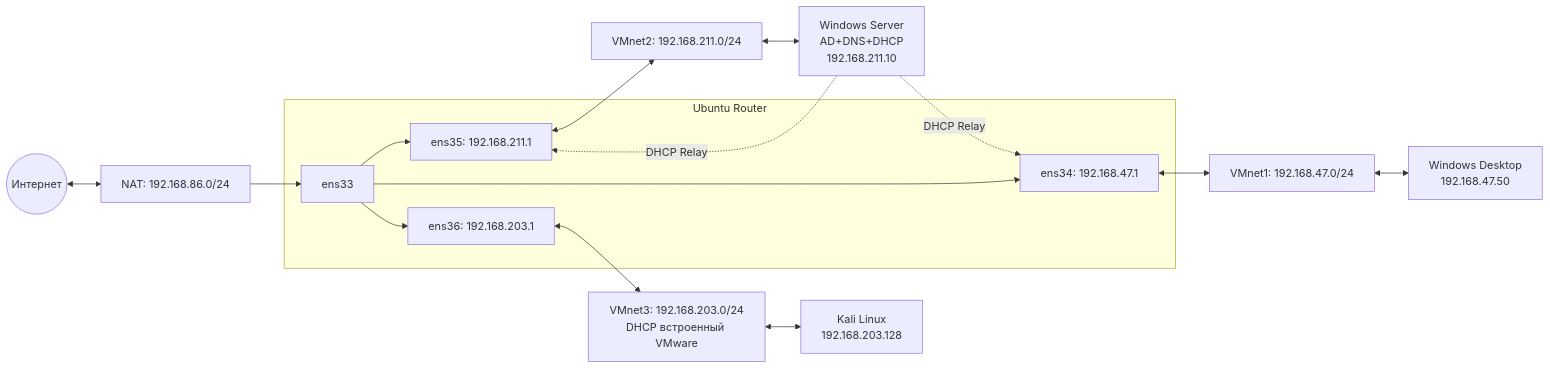
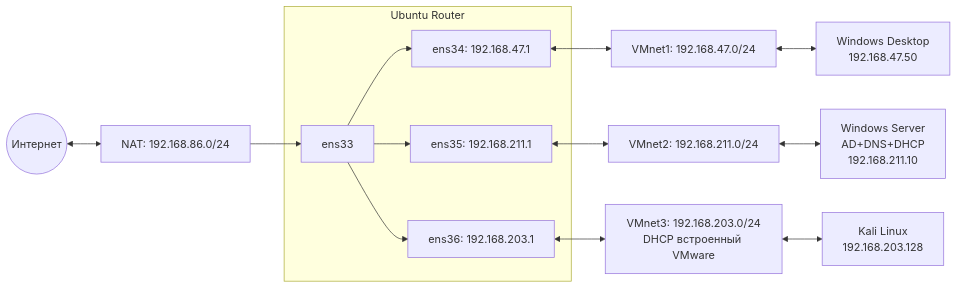
One commit to r0thik/stand changed the diagram in Стенд.md. Above: the diagram before and after it, drawn with Mermaid.

````diff
--- a/Стенд.md
+++ b/Стенд.md
@@ -262,23 +262,21 @@
 ```mermaid
 flowchart LR
     Internet((Интернет)) <--> VMnet8[NAT: 192.168.86.0/24]
     VMnet8 --> WAN[ens33]
 
     subgraph Router [Ubuntu Router]
         WAN --> LAN1[ens34: 192.168.47.1]
         WAN --> DMZ1[ens35: 192.168.211.1]
         WAN --> KALI1[ens36: 192.168.203.1]
     end
 
     LAN1 <--> VMnet1[VMnet1: 192.168.47.0/24]
     VMnet1 <--> Desktop[Windows Desktop<br>192.168.47.50]
 
     DMZ1 <--> VMnet2[VMnet2: 192.168.211.0/24]
     VMnet2 <--> Server[Windows Server<br>AD+DNS+DHCP<br>192.168.211.10]
 
     KALI1 <--> VMnet3[VMnet3: 192.168.203.0/24<br>DHCP встроенный VMware]
     VMnet3 <--> Kali[Kali Linux<br>192.168.203.128]
 
-    Server -.-> |DHCP Relay| LAN1
-    Server -.-> |DHCP Relay| DMZ1
 ```
````
